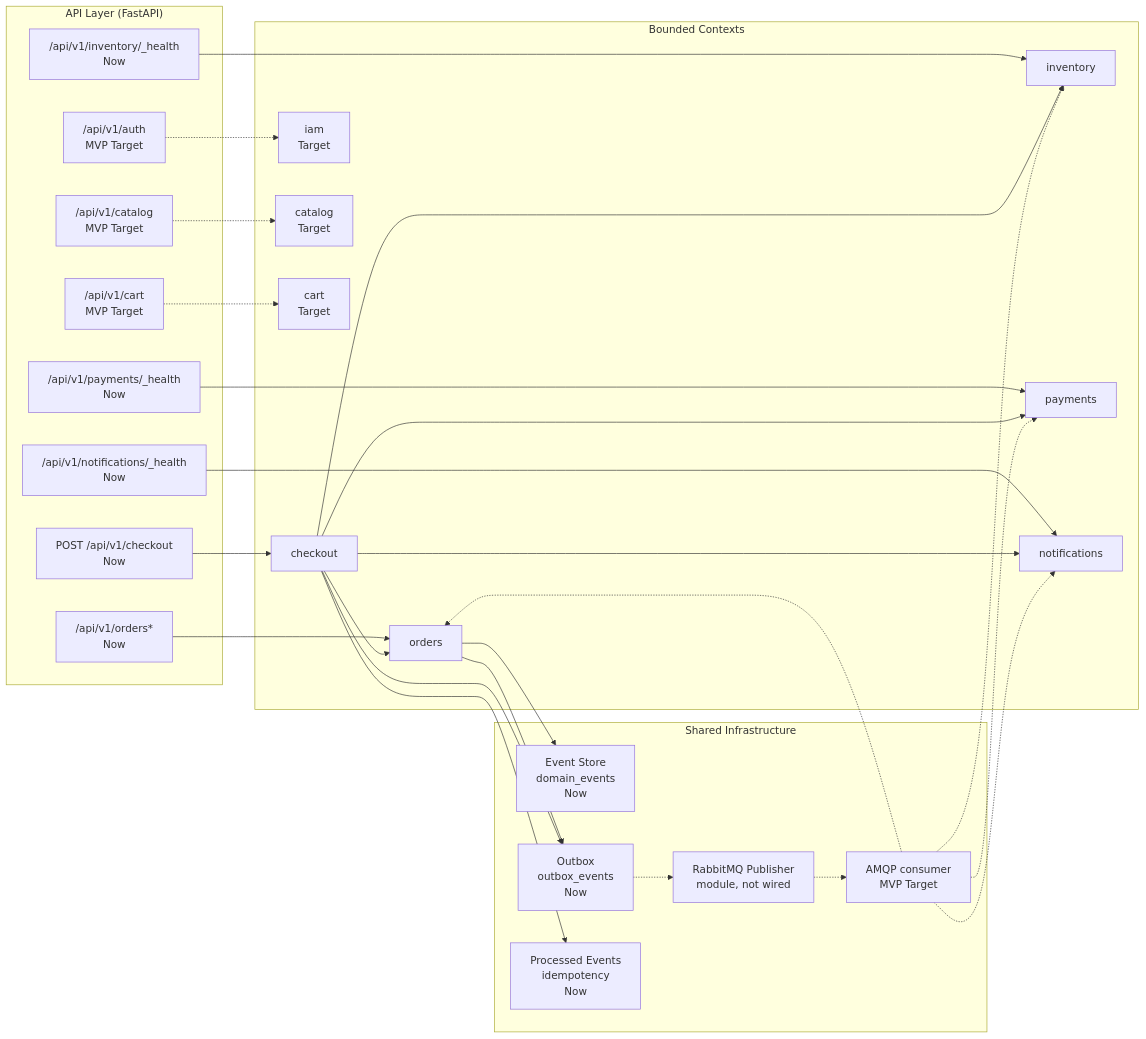
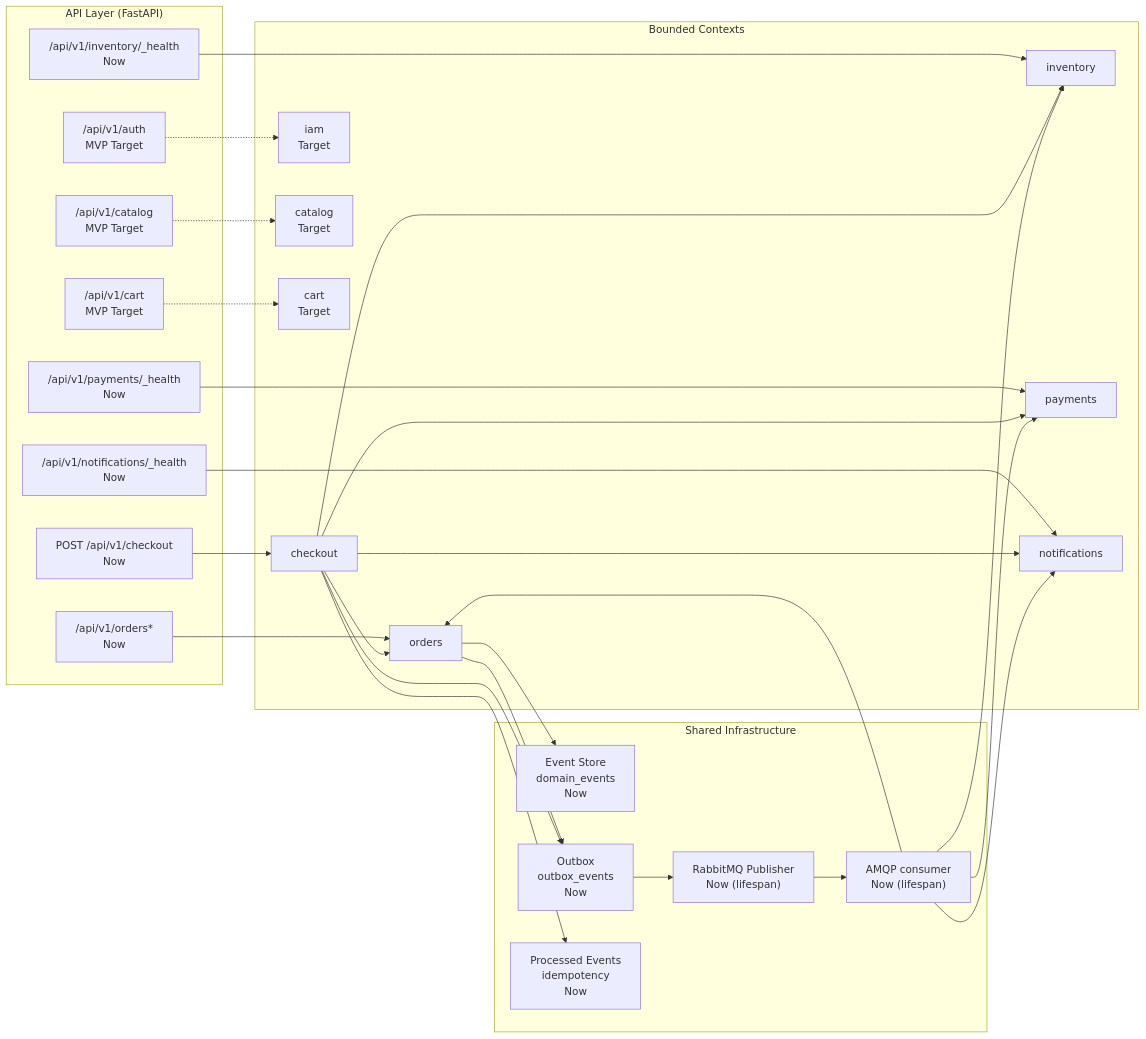
The first of 3 diagrams in ARCHITECTURE.md (jonasotoaguilar/eventcommerce), drawn with Mermaid before and after one commit. The commit also changed other lines of this file and 17 other files, not shown here.

````diff
--- a/ARCHITECTURE.md
+++ b/ARCHITECTURE.md
@@ -20,56 +20,56 @@
 ```mermaid
 flowchart LR
     subgraph API["API Layer (FastAPI)"]
         ORD["/api/v1/orders*<br/>Now"]
         CHK["POST /api/v1/checkout<br/>Now"]
         INV["/api/v1/inventory/_health<br/>Now"]
         PAY["/api/v1/payments/_health<br/>Now"]
         NOT["/api/v1/notifications/_health<br/>Now"]
         IAM["/api/v1/auth<br/>MVP Target"]
         CAT["/api/v1/catalog<br/>MVP Target"]
         CART["/api/v1/cart<br/>MVP Target"]
     end
 
     subgraph MODULES["Bounded Contexts"]
         O["orders"]
         I["inventory"]
         P["payments"]
         N["notifications"]
         CH["checkout"]
         M["iam<br/>Target"]
         C["catalog<br/>Target"]
         R["cart<br/>Target"]
     end
 
     subgraph SHARED["Shared Infrastructure"]
         ES["Event Store<br/>domain_events<br/>Now"]
         OB["Outbox<br/>outbox_events<br/>Now"]
         PE["Processed Events<br/>idempotency<br/>Now"]
-        RP["RabbitMQ Publisher<br/>module, not wired"]
-        AMQP["AMQP consumer<br/>MVP Target"]
+        RP["RabbitMQ Publisher<br/>Now (lifespan)"]
+        AMQP["AMQP consumer<br/>Now (lifespan)"]
     end
 
     ORD --> O
     CHK --> CH
     INV --> I
     PAY --> P
     NOT --> N
     IAM -.-> M
     CAT -.-> C
     CART -.-> R
 
     CH --> O
     CH --> I
     CH --> P
     CH --> N
     O --> ES
     O --> OB
     CH --> OB
     CH --> PE
-    OB -.-> RP
-    RP -.-> AMQP
-    AMQP -.-> O
-    AMQP -.-> I
-    AMQP -.-> P
-    AMQP -.-> N
+    OB --> RP
+    RP --> AMQP
+    AMQP --> O
+    AMQP --> I
+    AMQP --> P
+    AMQP --> N
 ```
````
